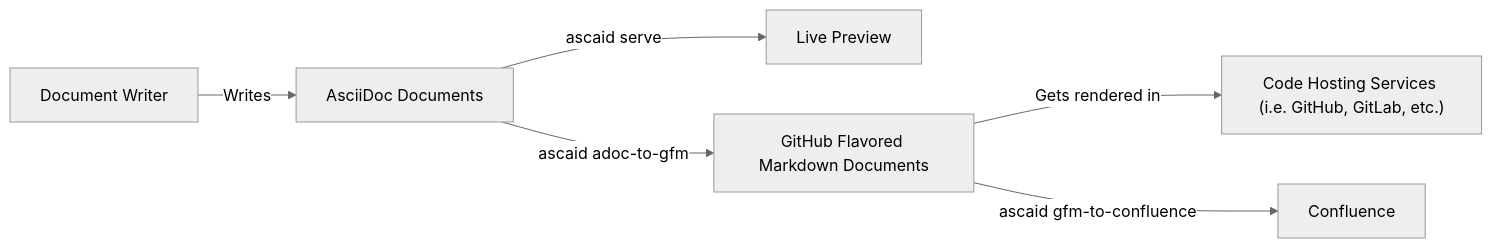
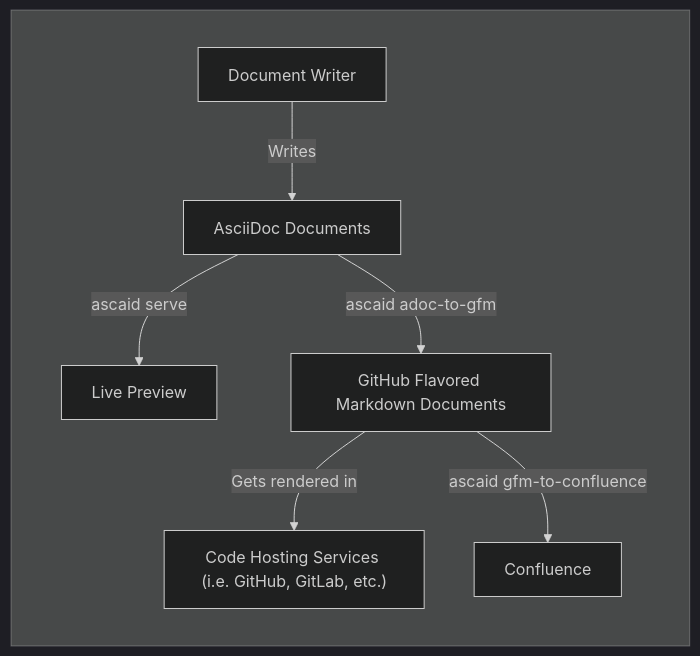
One commit to fardjad/node-ascaid changed the diagram in adocs/README.adoc. Above: the diagram before and after it, drawn with Mermaid. The commit also changed other lines of this file and 14 other files, not shown here.

```diff
--- a/adocs/README.adoc
+++ b/adocs/README.adoc
@@ -38,10 +31,21 @@
 [mermaid]
 ....
-%%{init: {'theme':'neutral'}}%%
+%%{init: {'theme':'dark'}}%%
+
 graph LR
   Writer["Document Writer"] -- Writes --> ADOC
   ADOC -- ascaid serve --> LivePreview["Live Preview"]
-  ADOC["AsciiDoc Documents"] -- ascaid adoc-to-gfm --> GFM["GitHub Flavored Markdown Documents"] -- Gets rendered in --> RHS["Code Hosting Services (i.e. GitHub, GitLab, etc.)"]
+  ADOC["AsciiDoc Documents"] -- ascaid adoc-to-gfm --> GFM["GitHub Flavored Markdown Documents"] -- Gets rendered in --> CHS["Code Hosting Services (i.e. GitHub, GitLab, etc.)"]
 
   GFM -- ascaid gfm-to-confluence --> Confluence
+
+%% Hack to make the diagram more visible in dark backgrounds
+subgraph &nbsp
+    Writer
+    ADOC
+    GFM
+    CHS
+    LivePreview
+    Confluence
+end
 ....
```
